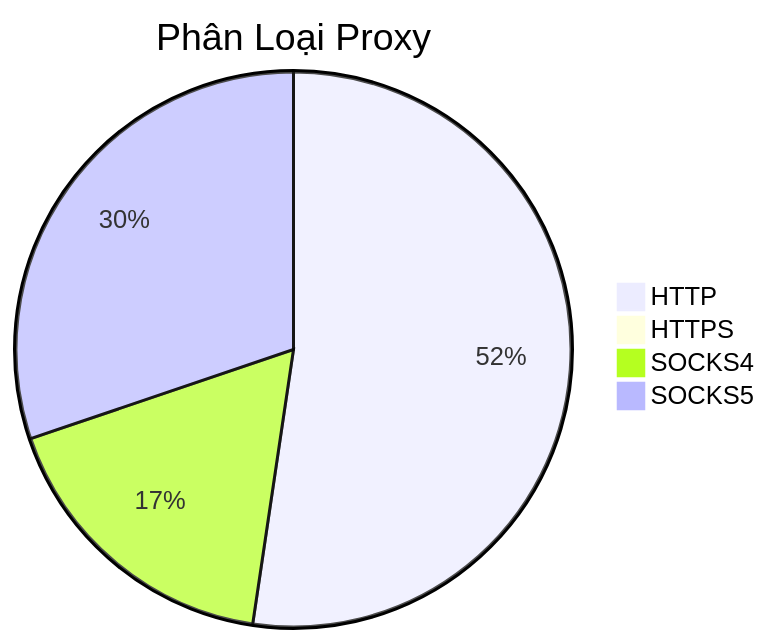
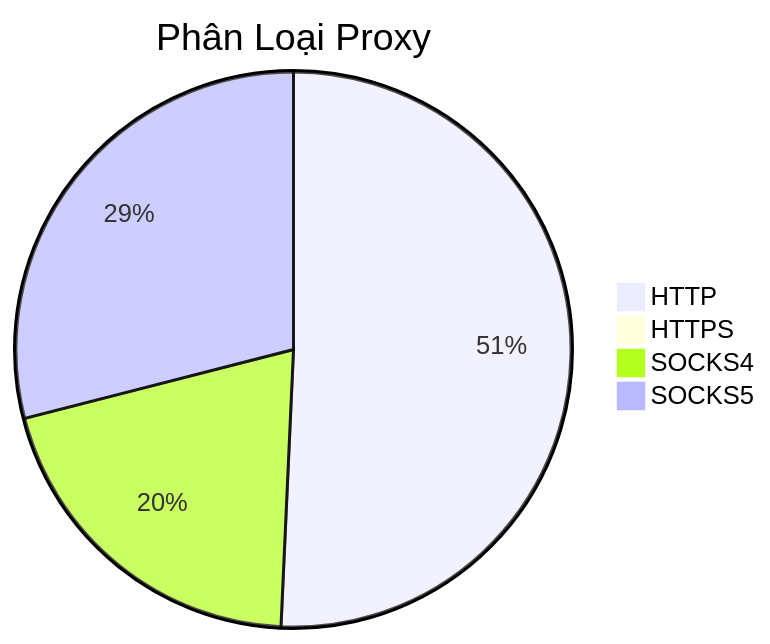
One commit to Ciara-12/PROXY-free changed the diagram in README.md. Above: the diagram before and after it, drawn with Mermaid. The commit also changed other lines of this file and 3 other files, not shown here.

````diff
--- a/README.md
+++ b/README.md
@@ -26,7 +26,7 @@
 ```mermaid
 pie title Phân Loại Proxy
-    "HTTP" : 546
+    "HTTP" : 565
     "HTTPS" : 0
-    "SOCKS4" : 182
-    "SOCKS5" : 315
+    "SOCKS4" : 226
+    "SOCKS5" : 323
 ```
````
